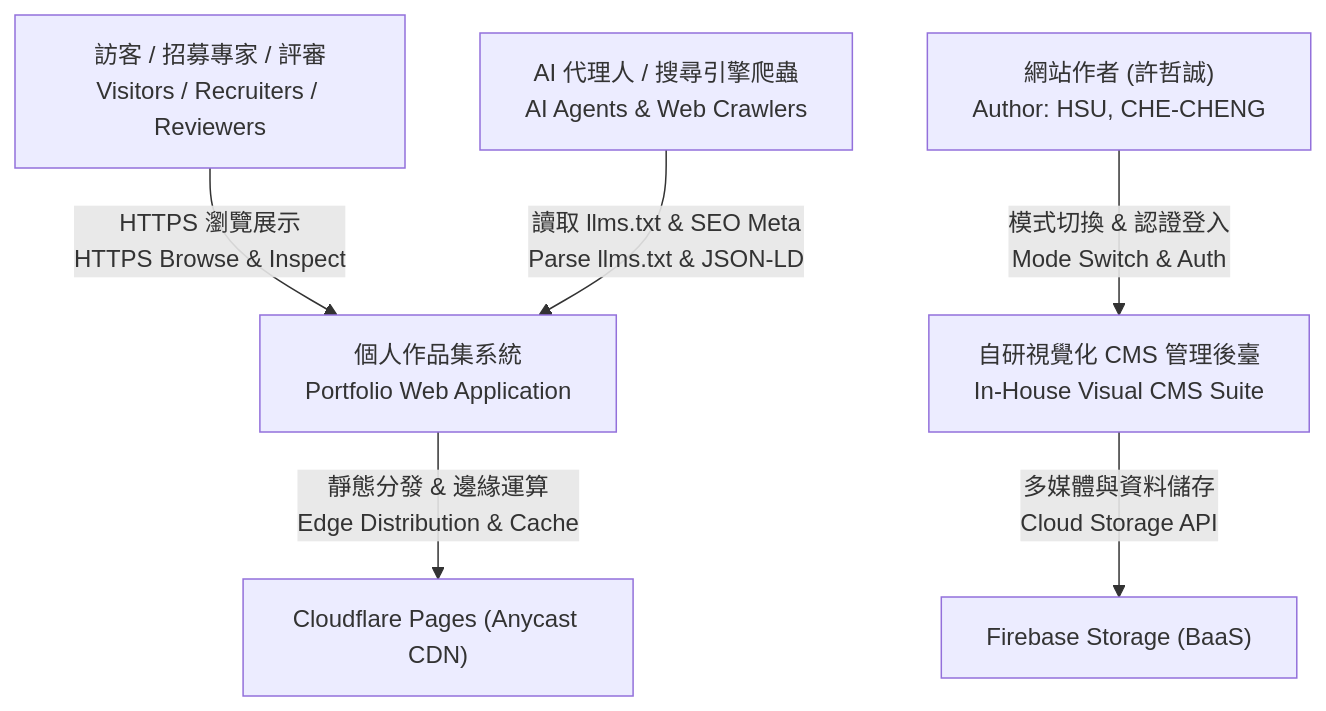
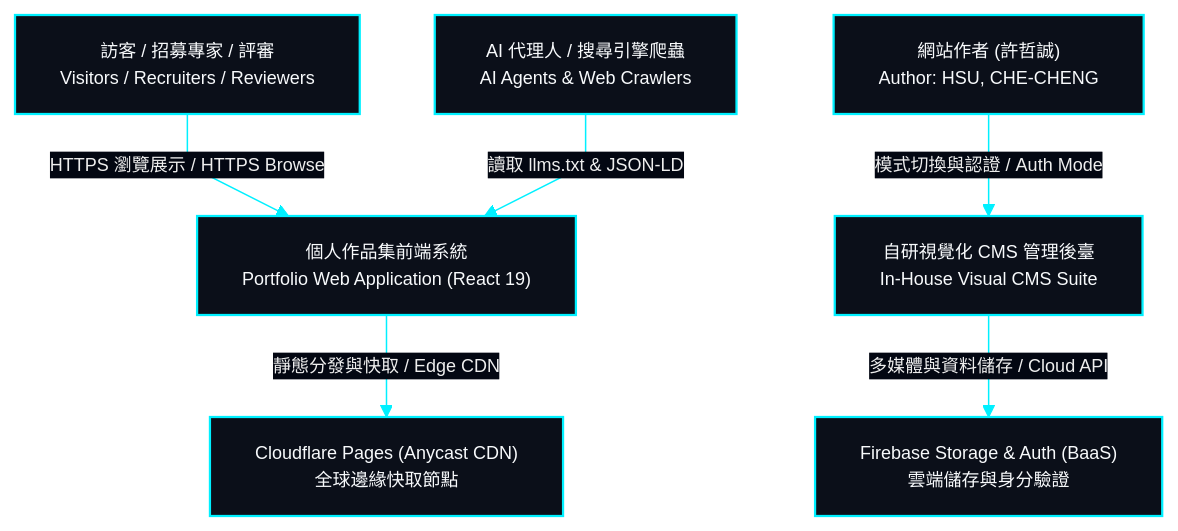
One commit to EricXJason/my-portfolio-website changed the first of 2 diagrams in docs/system-design/01-overview.md. Above: the diagram before and after it, drawn with Mermaid. The commit also changed other lines of this file and 11 other files, not shown here.

Commit message:
feat: harmonize architecture diagrams, formalize developer preferences, and consolidate README specifications

````diff
--- a/docs/system-design/01-overview.md
+++ b/docs/system-design/01-overview.md
@@ -58,9 +58,37 @@
 ```mermaid
+%%{init: {
+  'theme': 'base',
+  'themeVariables': {
+    'darkMode': true,
+    'background': '#030712',
+    'mainBkg': '#0b0f19',
+    'nodeBorder': '#00f0ff',
+    'textColor': '#f8fafc',
+    'lineColor': '#00f0ff',
+    'edgeLabelBackground': '#030712',
+    'fontSize': '12px'
+  },
+  'flowchart': {
+    'curve': 'linear'
+  }
+}}%%
 flowchart TD
-    User["訪客 / 招募專家 / 評審<br>Visitors / Recruiters / Reviewers"] -->|HTTPS 瀏覽展示<br>HTTPS Browse & Inspect| Portfolio["個人作品集系統<br>Portfolio Web Application"]
-    Admin["網站作者 (許哲誠)<br>Author: HSU, CHE-CHENG"] -->|模式切換 & 認證登入<br>Mode Switch & Auth| CMS["自研視覺化 CMS 管理後臺<br>In-House Visual CMS Suite"]
-    Crawler["AI 代理人 / 搜尋引擎爬蟲<br>AI Agents & Web Crawlers"] -->|讀取 llms.txt & SEO Meta<br>Parse llms.txt & JSON-LD| Portfolio
+    classDef hudCard fill:#0b0f19,stroke:#00f0ff,stroke-width:1.5px,color:#f8fafc;
+
+    User["訪客 / 招募專家 / 評審<br>Visitors / Recruiters / Reviewers"]:::hudCard
+    Admin["網站作者 (許哲誠)<br>Author: HSU, CHE-CHENG"]:::hudCard
+    Crawler["AI 代理人 / 搜尋引擎爬蟲<br>AI Agents & Web Crawlers"]:::hudCard
+
+    Portfolio["個人作品集前端系統<br>Portfolio Web Application (React 19)"]:::hudCard
+    CMS["自研視覺化 CMS 管理後臺<br>In-House Visual CMS Suite"]:::hudCard
+
+    Firebase["Firebase Storage & Auth (BaaS)<br>雲端儲存與身分驗證"]:::hudCard
+    Cloudflare["Cloudflare Pages (Anycast CDN)<br>全球邊緣快取節點"]:::hudCard
+
+    User -->|"HTTPS 瀏覽展示 / HTTPS Browse"| Portfolio
+    Admin -->|"模式切換與認證 / Auth Mode"| CMS
+    Crawler -->|"讀取 llms.txt & JSON-LD"| Portfolio
     
-    CMS -->|多媒體與資料儲存<br>Cloud Storage API| Firebase["Firebase Storage (BaaS)"]
-    Portfolio -->|靜態分發 & 邊緣運算<br>Edge Distribution & Cache| Cloudflare["Cloudflare Pages (Anycast CDN)"]
+    CMS -->|"多媒體與資料儲存 / Cloud API"| Firebase
+    Portfolio -->|"靜態分發與快取 / Edge CDN"| Cloudflare
 ```
````
